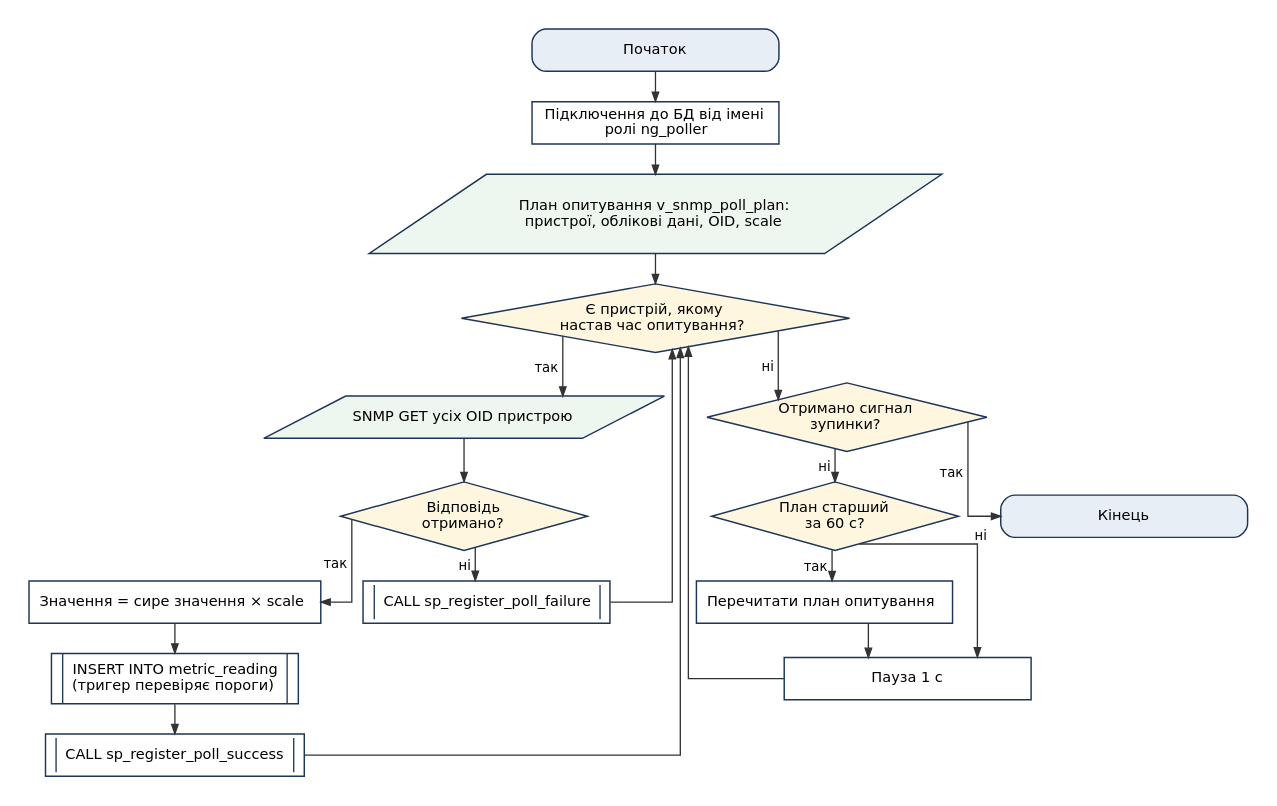
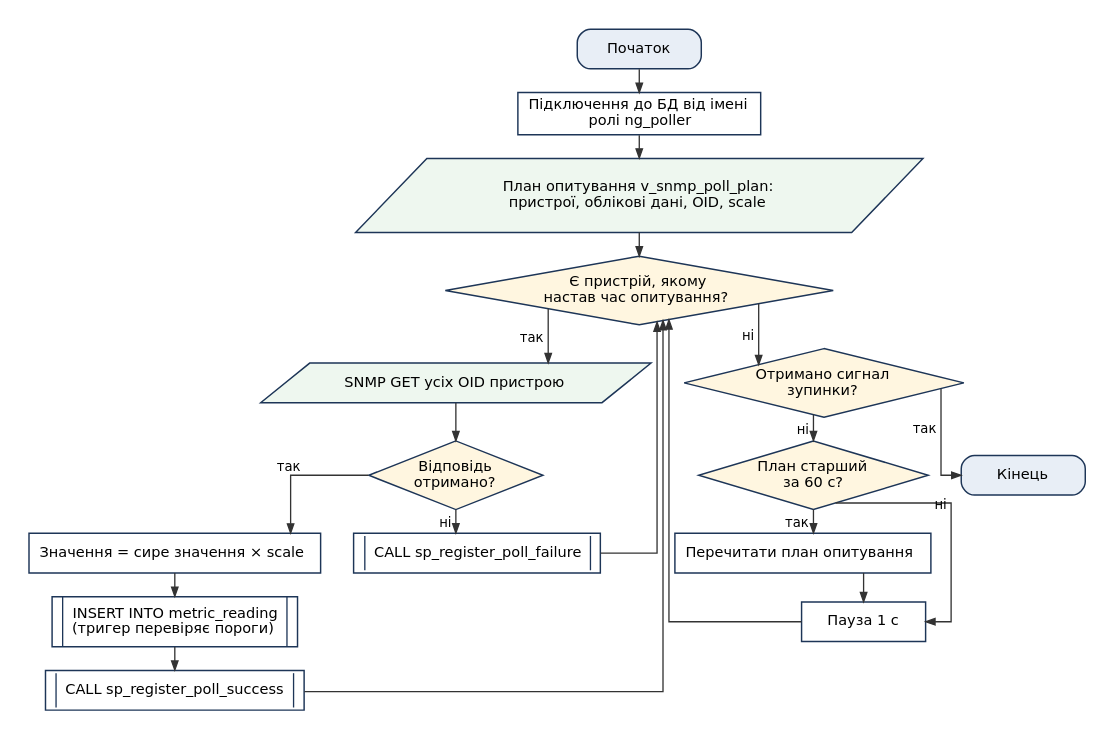
The diagram in docs/diagrams/src/flow_02_poller.dot (KrutoiPatsan13/laba1), drawn with Graphviz before and after one commit. The commit also changed 65 other files, not shown here.

```diff
--- a/docs/diagrams/src/flow_02_poller.dot
+++ b/docs/diagrams/src/flow_02_poller.dot
@@ -1,39 +1,39 @@
 digraph flow_02_poller {
-  graph [rankdir=TB, splines=ortho, nodesep=0.45, ranksep=0.32, fontname="DejaVu Sans", pad=0.2, forcelabels=true];
-  node [fontname="DejaVu Sans", fontsize=11, width=2.6, height=0.45, color="#1d3557", penwidth=1.1];
+  graph [rankdir=TB, splines=ortho, nodesep=0.35, ranksep=0.25, fontname="DejaVu Sans", pad=0.2, forcelabels=true];
+  node [fontname="DejaVu Sans", fontsize=11, width=1.3, height=0.42, color="#1d3557", penwidth=1.1];
   edge [fontname="DejaVu Sans", fontsize=10, color="#333333", arrowsize=0.7];
   n1 [shape=box, style="rounded,filled", fillcolor="#e8eef6", label=<Початок>, margin="0.25,0.06"];
   n2 [shape=box, label=<Підключення до БД від імені<BR/>ролі ng_poller>];
-  n3 [shape=parallelogram, style=filled, fillcolor="#eef7ef", label=<План опитування v_snmp_poll_plan:<BR/>пристрої, облікові дані, OID, scale>, margin="0.02,0.04"];
+  n3 [shape=polygon, sides=4, skew=0.3, style=filled, fillcolor="#eef7ef", label=<План опитування v_snmp_poll_plan:<BR/>пристрої, облікові дані, OID, scale>, margin="0.06,0.03"];
   n4 [shape=diamond, style=filled, fillcolor="#fff6e0", label=<Є пристрій, якому<BR/>настав час опитування?>, margin="0.02,0.02"];
-  n5 [shape=parallelogram, style=filled, fillcolor="#eef7ef", label=<SNMP GET усіх OID пристрою>, margin="0.02,0.04"];
+  n5 [shape=polygon, sides=4, skew=0.3, style=filled, fillcolor="#eef7ef", label=<SNMP GET усіх OID пристрою>, margin="0.06,0.03"];
   n6 [shape=diamond, style=filled, fillcolor="#fff6e0", label=<Відповідь<BR/>отримано?>, margin="0.02,0.02"];
   n7 [shape=box, label=<Значення = сире значення × scale>];
   n8 [shape=box, margin=0, label=<<TABLE BORDER="0" CELLBORDER="0" CELLSPACING="0" CELLPADDING="0"><TR><TD WIDTH="8" BORDER="1" SIDES="R"></TD><TD CELLPADDING="7">INSERT INTO metric_reading<BR/>(тригер перевіряє пороги)</TD><TD WIDTH="8" BORDER="1" SIDES="L"></TD></TR></TABLE>>];
   n9 [shape=box, margin=0, label=<<TABLE BORDER="0" CELLBORDER="0" CELLSPACING="0" CELLPADDING="0"><TR><TD WIDTH="8" BORDER="1" SIDES="R"></TD><TD CELLPADDING="7">CALL sp_register_poll_success</TD><TD WIDTH="8" BORDER="1" SIDES="L"></TD></TR></TABLE>>];
   n10 [shape=box, margin=0, label=<<TABLE BORDER="0" CELLBORDER="0" CELLSPACING="0" CELLPADDING="0"><TR><TD WIDTH="8" BORDER="1" SIDES="R"></TD><TD CELLPADDING="7">CALL sp_register_poll_failure</TD><TD WIDTH="8" BORDER="1" SIDES="L"></TD></TR></TABLE>>];
   n11 [shape=diamond, style=filled, fillcolor="#fff6e0", label=<Отримано сигнал<BR/>зупинки?>, margin="0.02,0.02"];
   n12 [shape=diamond, style=filled, fillcolor="#fff6e0", label=<План старший<BR/>за 60 с?>, margin="0.02,0.02"];
   n13 [shape=box, label=<Перечитати план опитування>];
   n14 [shape=box, label=<Пауза 1 с>];
   n15 [shape=box, style="rounded,filled", fillcolor="#e8eef6", label=<Кінець>, margin="0.25,0.06"];
   n1 -> n2;
   n2 -> n3;
   n3 -> n4;
   n5 -> n6;
   n7 -> n8;
   n8 -> n9;
   n4 -> n5 [xlabel=" так "];
   n4 -> n11 [xlabel=" ні "];
   n6 -> n7 [xlabel=" так "];
   n6 -> n10 [xlabel=" ні "];
   n9 -> n4 [constraint=false];
   n10 -> n4 [constraint=false];
   n11 -> n15 [xlabel=" так "];
   n11 -> n12 [xlabel=" ні "];
   n12 -> n13 [xlabel=" так "];
   n13 -> n14;
   n12 -> n14 [xlabel=" ні "];
   n14 -> n4 [constraint=false];
   { rank=same; n7; n10; }
 }
```
